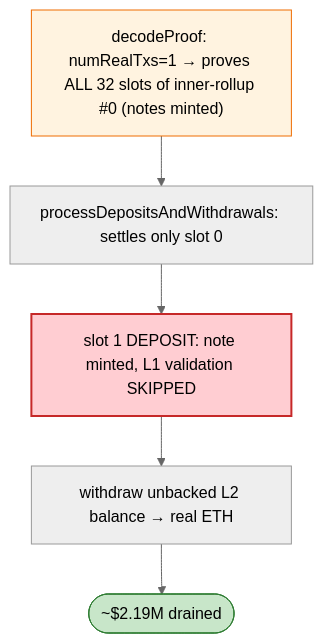
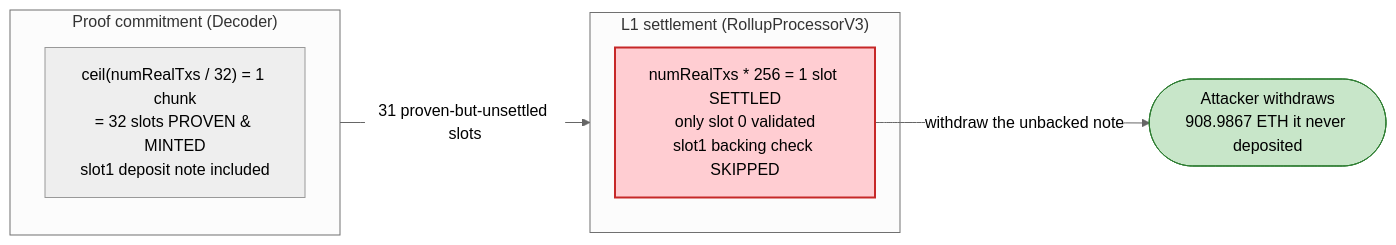
The fourth of 4 diagrams in 2026-06-AztecConnect_exp/AztecConnect_exp.md (sanbir/evm-hack-registry), drawn with Mermaid (neutral theme) before and after one commit. The commit also changed other lines of this file and 32 other files, not shown here.

````diff
--- a/2026-06-AztecConnect_exp/AztecConnect_exp.md
+++ b/2026-06-AztecConnect_exp/AztecConnect_exp.md
@@ -44,11 +432,14 @@
 ```mermaid
-flowchart TD
-    P["decodeProof: numRealTxs=1 → proves ALL 32 slots of inner-rollup #0 (notes minted)"] --> S["processDepositsAndWithdrawals: settles only slot 0"]
-    S --> GAP["slot 1 DEPOSIT: note minted, L1 validation SKIPPED"]
-    GAP --> W["withdraw unbacked L2 balance → real ETH"]
-    W --> OUT(["~$2.19M drained"])
+flowchart LR
+    subgraph Proven["Proof commitment (Decoder)"]
+        P["ceil(numRealTxs / 32) = 1 chunk<br/>= 32 slots PROVEN & MINTED<br/>slot1 deposit note included"]
+    end
+    subgraph Settled["L1 settlement (RollupProcessorV3)"]
+        Sd["numRealTxs * 256 = 1 slot SETTLED<br/>only slot 0 validated<br/>slot1 backing check SKIPPED"]
+    end
+    Proven -->|"31 proven-but-unsettled slots"| Settled
+    Sd -->|"withdraw the unbacked note"| Drain(["Attacker withdraws<br/>908.9867 ETH it never deposited"])
 
-    style P fill:#fff3e0,stroke:#ef6c00
-    style GAP fill:#ffcdd2,stroke:#c62828,stroke-width:2px
-    style OUT fill:#c8e6c9,stroke:#2e7d32
+    style Sd fill:#ffcdd2,stroke:#c62828,stroke-width:2px
+    style Drain fill:#c8e6c9,stroke:#2e7d32
 ```
````
